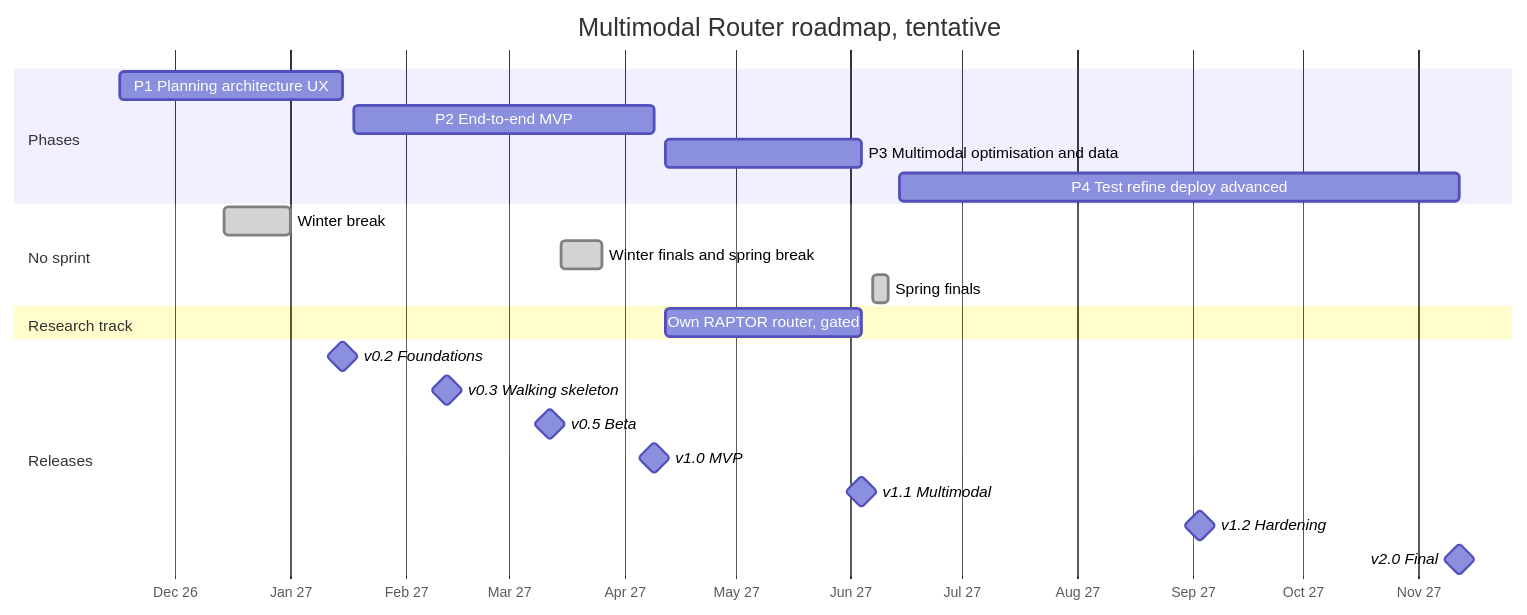
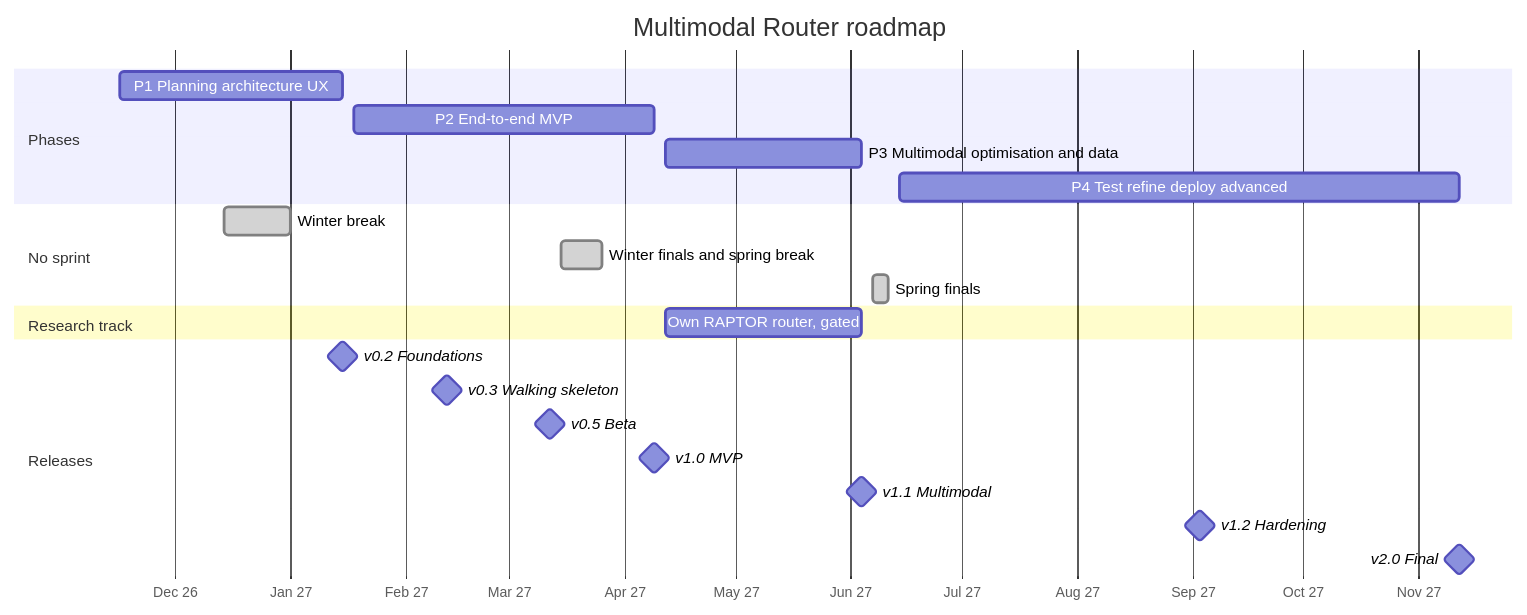
The first of 2 diagrams in docs/roadmap.md (shsu00/Multimodal-Map), drawn with Mermaid before and after one commit. The commit also changed other lines of this file and 111 other files, not shown here.

````diff
--- a/docs/roadmap.md
+++ b/docs/roadmap.md
@@ -54,25 +57,25 @@
 ```mermaid
 gantt
-  title Multimodal Router roadmap, tentative
+  title Multimodal Router roadmap
   dateFormat YYYY-MM-DD
   axisFormat %b %y
   section Phases
   P1 Planning architecture UX        :p1, 2026-11-16, 2027-01-15
   P2 End-to-end MVP                  :p2, 2027-01-18, 2027-04-09
   P3 Multimodal optimisation and data :p3, 2027-04-12, 2027-06-04
   P4 Test refine deploy advanced     :p4, 2027-06-14, 2027-11-12
   section No sprint
   Winter break                       :done, b1, 2026-12-14, 2027-01-01
   Winter finals and spring break     :done, b2, 2027-03-15, 2027-03-26
   Spring finals                      :done, b3, 2027-06-07, 2027-06-11
   section Research track
   Own RAPTOR router, gated           :r1, 2027-04-12, 2027-06-04
   section Releases
   v0.2 Foundations                   :milestone, m1, 2027-01-15, 0d
   v0.3 Walking skeleton              :milestone, m2, 2027-02-12, 0d
   v0.5 Beta                          :milestone, m3, 2027-03-12, 0d
   v1.0 MVP                           :milestone, m4, 2027-04-09, 0d
   v1.1 Multimodal                    :milestone, m5, 2027-06-04, 0d
   v1.2 Hardening                     :milestone, m6, 2027-09-03, 0d
   v2.0 Final                         :milestone, m7, 2027-11-12, 0d
 ```
````
